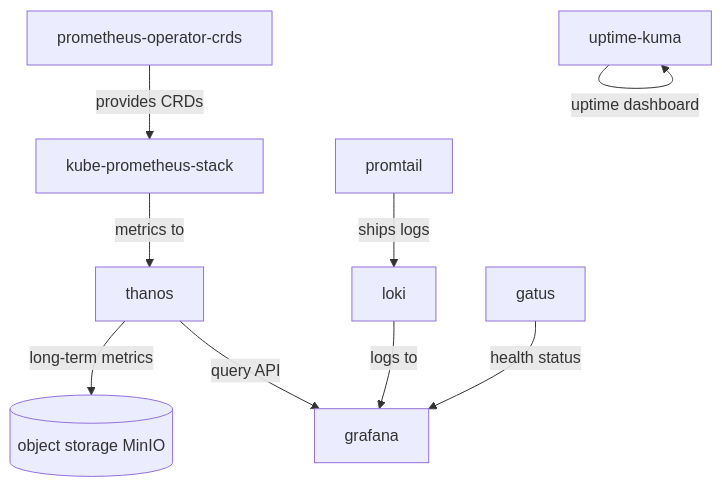
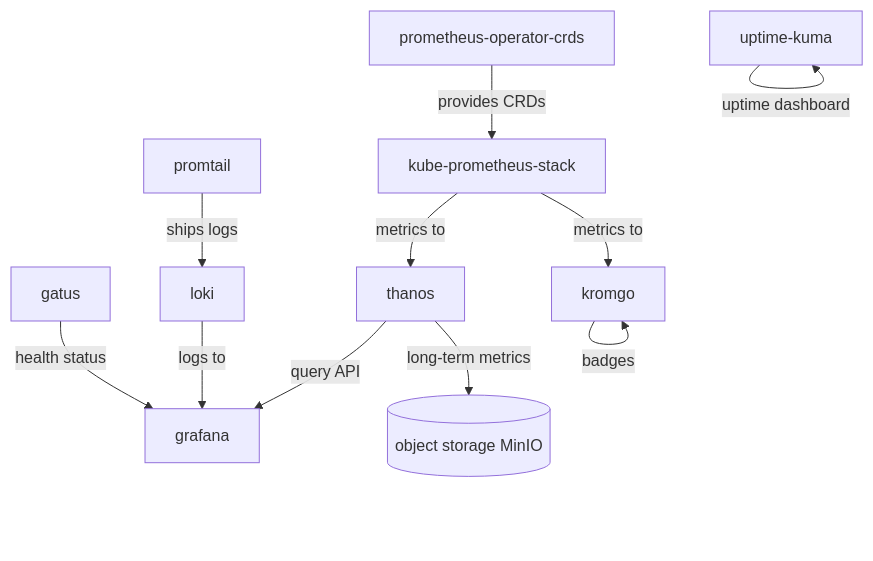
The diagram in openwiki/concepts/observability.md (Tomyail/talos-cluster), drawn with Mermaid before and after one commit. The commit also changed other lines of this file and 75 other files, not shown here.

````diff
--- a/openwiki/concepts/observability.md
+++ b/openwiki/concepts/observability.md
@@ -57,22 +57,25 @@
 ```mermaid
 flowchart TD
     CRDS[prometheus-operator-crds]
     KPS[kube-prometheus-stack]
     THANOS[thanos]
     GRAFANA[grafana]
     LOKI[loki]
     PROMTAIL[promtail]
     GATUS[gatus]
     UKUMA[uptime-kuma]
+    KROMGO[kromgo]
 
     CRDS -->|provides CRDs| KPS
     KPS -->|metrics to| THANOS
+    KPS -->|metrics to| KROMGO
     THANOS -->|query API| GRAFANA
     LOKI -->|logs to| GRAFANA
     PROMTAIL -->|ships logs| LOKI
     GATUS -->|health status| GRAFANA
     UKUMA -->|uptime dashboard| UKUMA
+    KROMGO -->|badges| KROMGO
 
     STORAGE[(object storage MinIO)]
     THANOS -->|long-term metrics| STORAGE
 ```
````
